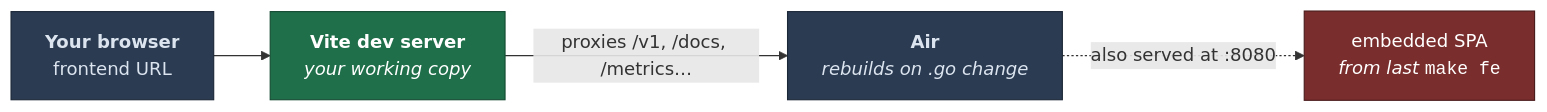
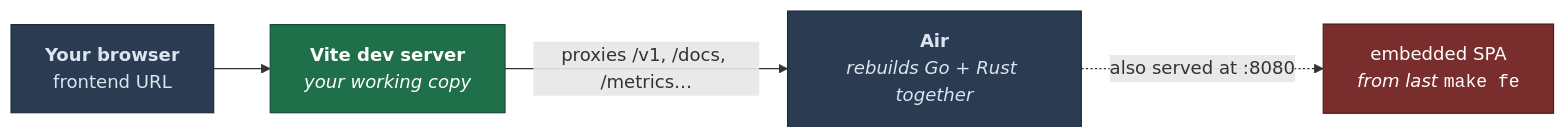
One commit to loomarr/loomarr changed the diagram in docs/dev/dev-loop.md. Above: the diagram before and after it, drawn with Mermaid. The commit also changed other lines of this file and 59 other files, not shown here.

````diff
--- a/docs/dev/dev-loop.md
+++ b/docs/dev/dev-loop.md
@@ -13,18 +13,18 @@
 ```mermaid
 graph LR
   B["<b>Your browser</b><br/>frontend URL"]
   V["<b>Vite dev server</b><br/><i>your working copy</i>"]
-  A["<b>Air</b><br/><i>rebuilds on .go change</i>"]
+  A["<b>Air</b><br/><i>rebuilds Go + Rust together</i>"]
   E["embedded SPA<br/><i>from last</i> <code>make fe</code>"]
 
   B --> V
   V -->|"proxies /v1, /docs, /metrics…"| A
   A -.->|"also served at :8080"| E
 
   classDef good fill:#1f6f4a,stroke:#134a31,color:#fff
   classDef warn fill:#7a2d2d,stroke:#4a1b1b,color:#fff
   classDef norm fill:#2b3b52,stroke:#1b2736,color:#dbe4ef
   class V good
   class E warn
   class B,A norm
 ```
````
